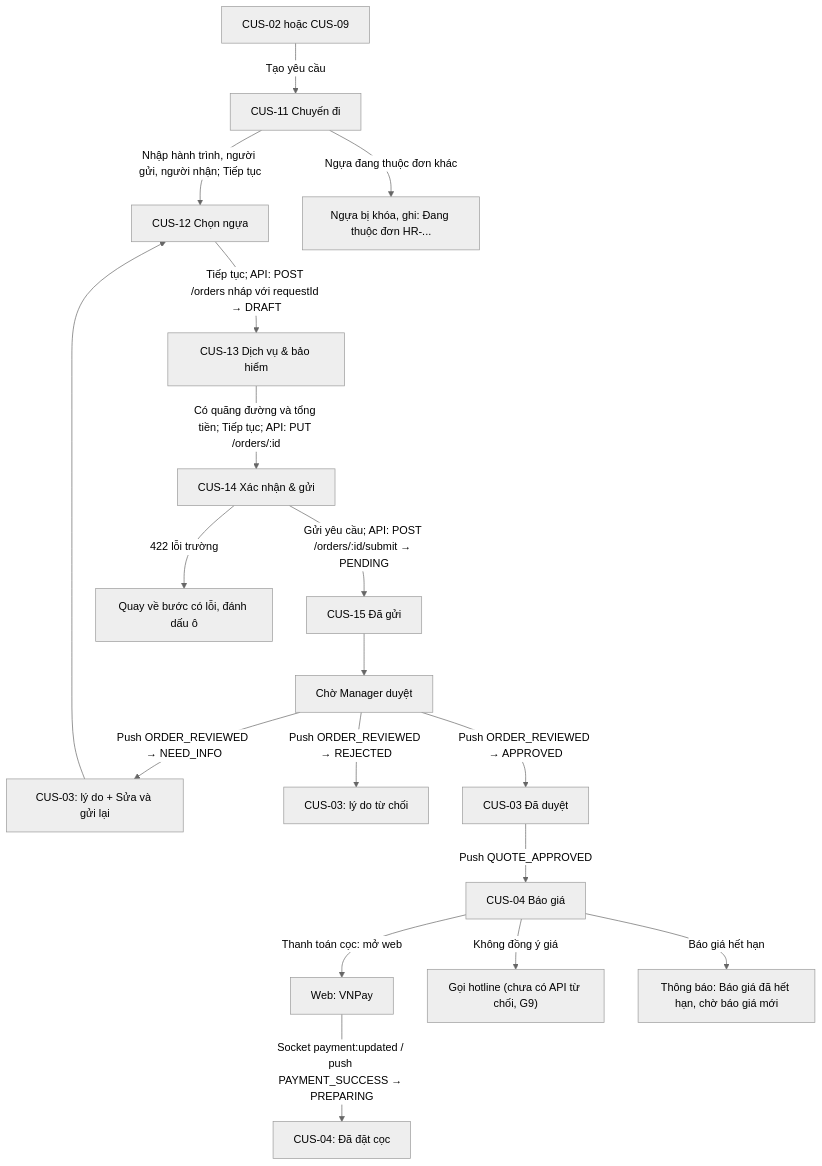
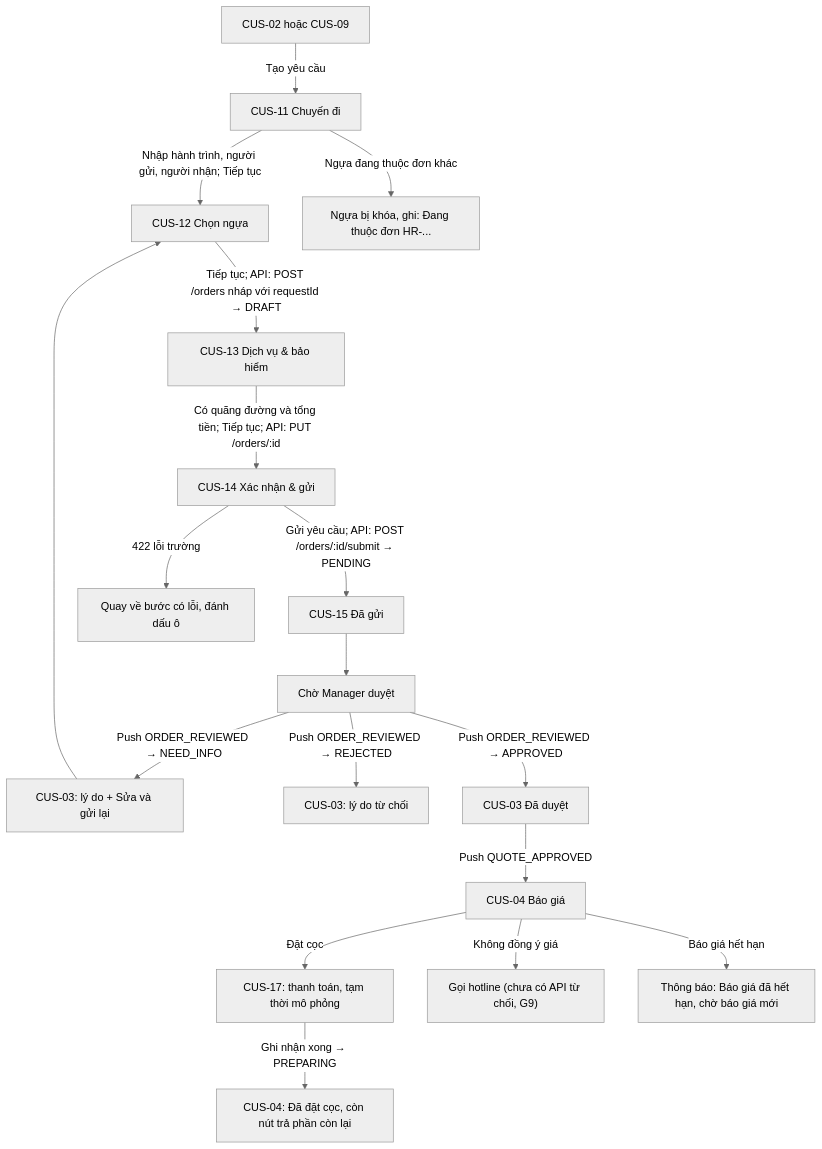
The fifth of 13 diagrams in docs/mobile-design/03-user-flows.md (ninhquocbao123/HorseRoute), drawn with Mermaid (neutral theme) before and after one commit. The commit also changed other lines of this file and 45 other files, not shown here.

Commit message:
[06.11.2026][Long - Thanh toán mô phỏng trên mobile; chưa trả đủ thì tài xế chưa giao được; thêm sự cố giao ngựa, ngoại lệ giao khi còn nợ, người nhận thực tế; migration DeliveryExceptions]

````diff
--- a/docs/mobile-design/03-user-flows.md
+++ b/docs/mobile-design/03-user-flows.md
@@ -93,20 +93,20 @@
 ```mermaid
 flowchart TD
   A["CUS-02 hoặc CUS-09"] -->|"Tạo yêu cầu"| S1["CUS-11 Chuyến đi"]
   S1 -->|"Nhập hành trình, người gửi, người nhận; Tiếp tục"| S2["CUS-12 Chọn ngựa"]
   S1 -->|"Ngựa đang thuộc đơn khác"| S1x["Ngựa bị khóa, ghi: Đang thuộc đơn HR-..."]
   S2 -->|"Tiếp tục; API: POST /orders nháp với requestId → DRAFT"| S3["CUS-13 Dịch vụ & bảo hiểm"]
   S3 -->|"Có quãng đường và tổng tiền; Tiếp tục; API: PUT /orders/:id"| S4["CUS-14 Xác nhận & gửi"]
   S4 -->|"Gửi yêu cầu; API: POST /orders/:id/submit → PENDING"| S5["CUS-15 Đã gửi"]
   S4 -->|"422 lỗi trường"| S4x["Quay về bước có lỗi, đánh dấu ô"]
   S5 --> W["Chờ Manager duyệt"]
   W -->|"Push ORDER_REVIEWED → NEED_INFO"| N["CUS-03: lý do + Sửa và gửi lại"]
   N --> S2
   W -->|"Push ORDER_REVIEWED → REJECTED"| RJ["CUS-03: lý do từ chối"]
   W -->|"Push ORDER_REVIEWED → APPROVED"| AP["CUS-03 Đã duyệt"]
   AP -->|"Push QUOTE_APPROVED"| Q["CUS-04 Báo giá"]
-  Q -->|"Thanh toán cọc: mở web"| WEB["Web: VNPay"]
-  WEB -->|"Socket payment:updated / push PAYMENT_SUCCESS → PREPARING"| Q2["CUS-04: Đã đặt cọc"]
+  Q -->|"Đặt cọc"| PAY["CUS-17: thanh toán, tạm thời mô phỏng"]
+  PAY -->|"Ghi nhận xong → PREPARING"| Q2["CUS-04: Đã đặt cọc, còn nút trả phần còn lại"]
   Q -->|"Không đồng ý giá"| Q3["Gọi hotline (chưa có API từ chối, G9)"]
   Q -->|"Báo giá hết hạn"| Q4["Thông báo: Báo giá đã hết hạn, chờ báo giá mới"]
 ```
````
